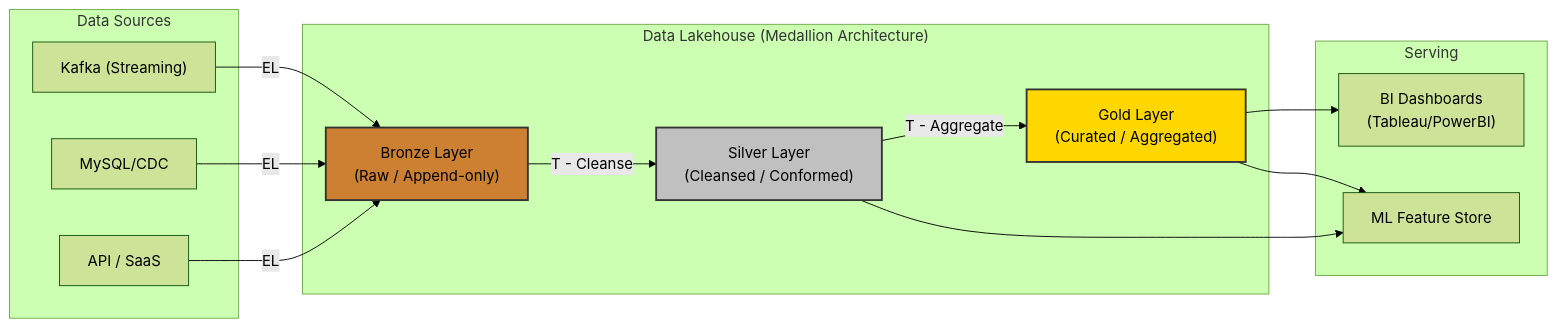
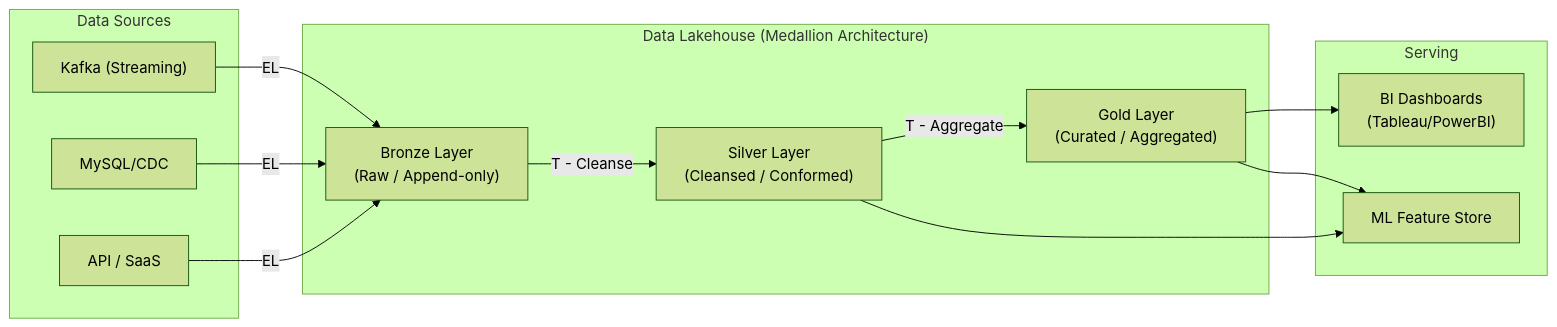
The diagram in src/content/docs/concepts/1-distributed-systems-architecture/data-platform-architecture.md (kythuatdulieu/kythuatdulieu.github.io), drawn with Mermaid (forest theme) before and after one commit. The commit also changed 682 other files, not shown here.

````diff
--- a/src/content/docs/concepts/1-distributed-systems-architecture/data-platform-architecture.md
+++ b/src/content/docs/concepts/1-distributed-systems-architecture/data-platform-architecture.md
@@ -45,38 +45,35 @@
 ```mermaid
 graph LR
     subgraph Data Sources
         S1["Kafka (Streaming)"]
         S2["MySQL/CDC"]
         S3["API / SaaS"]
     end
     
     subgraph The_Lakehouse ["Data Lakehouse (Medallion Architecture)"]
         B["Bronze Layer<br/>(Raw / Append-only)"]
         S["Silver Layer<br/>(Cleansed / Conformed)"]
         G["Gold Layer<br/>(Curated / Aggregated)"]
     end
     
     subgraph Serving
         BI["BI Dashboards<br/>(Tableau/PowerBI)"]
         ML["ML Feature Store"]
     end
     
     S1 -->|EL| B
     S2 -->|EL| B
     S3 -->|EL| B
     
     B -->|T - Cleanse| S
     S -->|T - Aggregate| G
     
     G --> BI
     S --> ML
     G --> ML
-    
-    classDef bronze fill:#cd7f32,stroke:#333,stroke-width:2px;
-    classDef silver fill:#c0c0c0,stroke:#333,stroke-width:2px;
-    classDef gold fill:#ffd700,stroke:#333,stroke-width:2px;
-    
+
+
     class B bronze;
     class S silver;
     class G gold;
 ```
````
